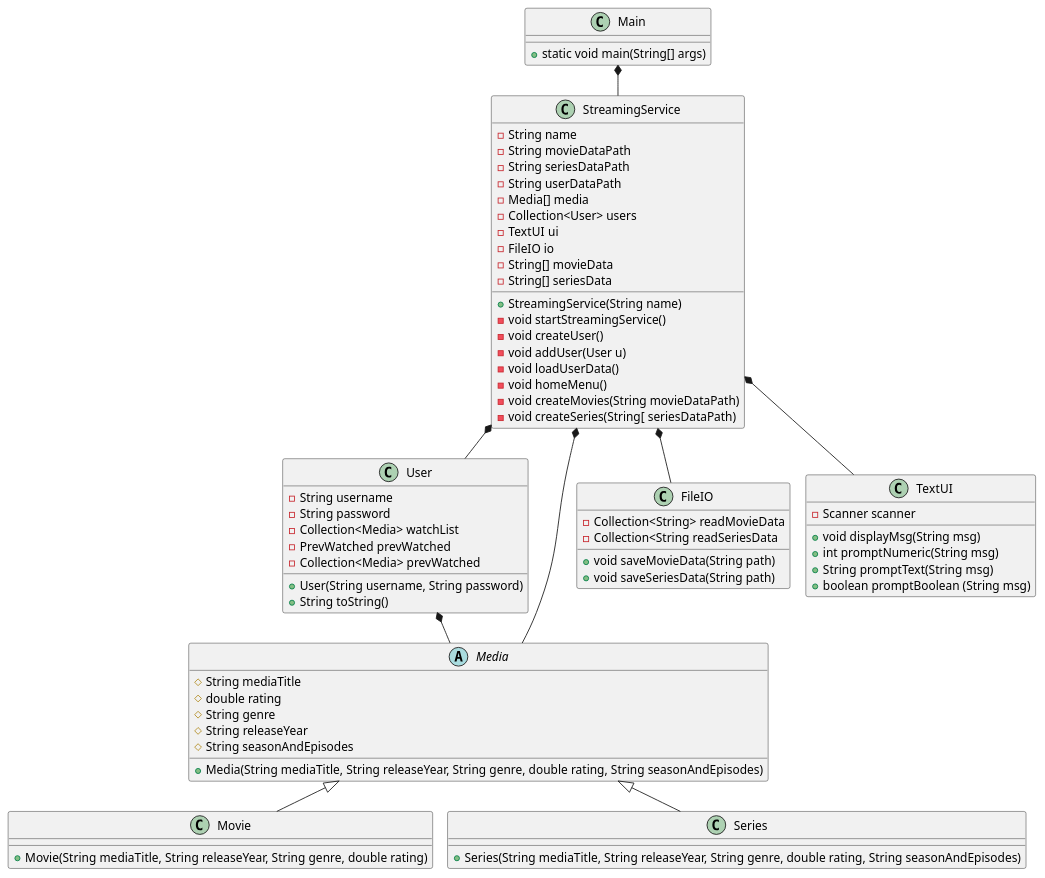
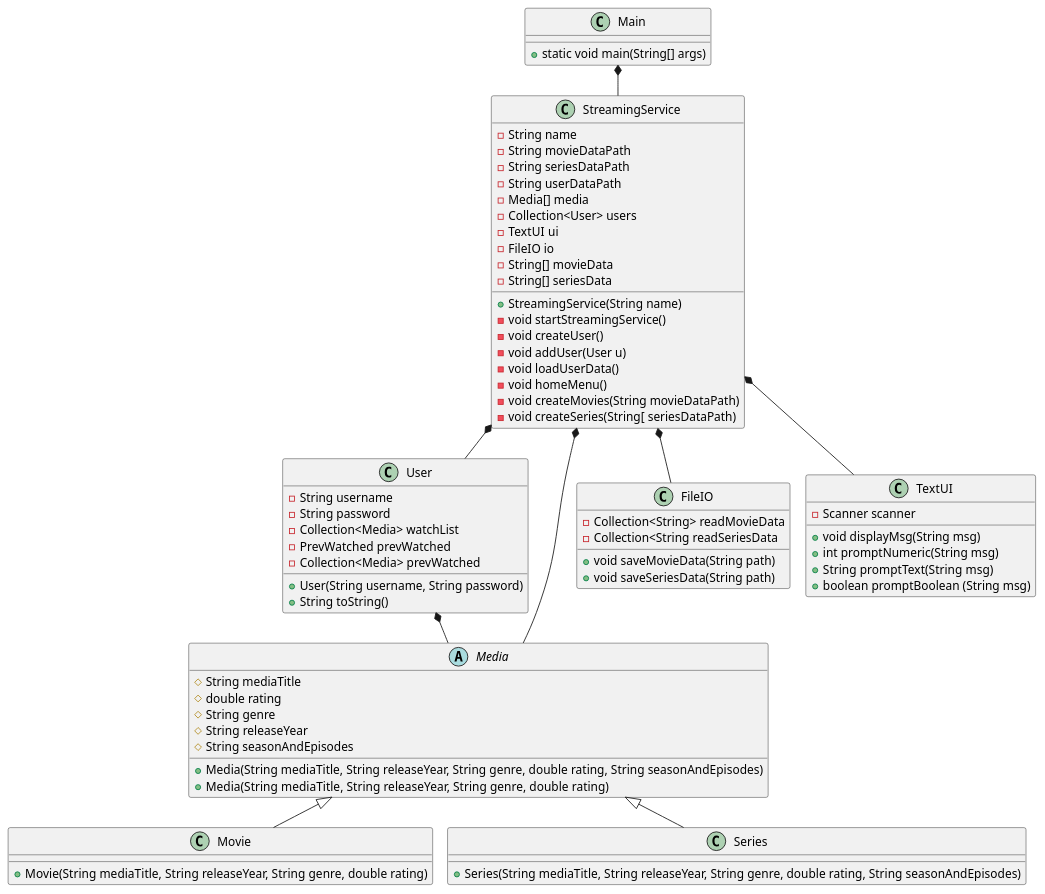
The diagram in doc/classdiagram/classdiagram_v1.puml (EmilDagsberg/SP3), drawn with PlantUML before and after one commit. The commit also changed 2 other files, not shown here.

Commit message:
Classes with attributes movies and series and class diagram update

```diff
--- a/doc/classdiagram/classdiagram_v1.puml
+++ b/doc/classdiagram/classdiagram_v1.puml
@@ -1,85 +1,86 @@
 @startuml
 !pragma layout smetana
 
 class Main {
 + static void main(String[] args)
 }
 
 class StreamingService{
 - String name
 - String movieDataPath
 - String seriesDataPath
 - String userDataPath
 - Media[] media
 - Collection<User> users
 - TextUI ui
 - FileIO io
 - String[] movieData
 - String[] seriesData
 + StreamingService(String name)
 - void startStreamingService()
 - void createUser()
 - void addUser(User u)
 - void loadUserData()
 - void homeMenu()
 - void createMovies(String movieDataPath)
 - void createSeries(String[ seriesDataPath)
 
 }
 
 class User {
 - String username
 - String password
 - Collection<Media> watchList
 - PrevWatched prevWatched
 - Collection<Media> prevWatched
 + User(String username, String password)
 + String toString()
 
 }
 
 
 abstract class Media{
 # String mediaTitle
 # double rating
 # String genre
 # String releaseYear
 # String seasonAndEpisodes
 +Media(String mediaTitle, String releaseYear, String genre, double rating, String seasonAndEpisodes)
++Media(String mediaTitle, String releaseYear, String genre, double rating)
 }
 
 class Movie{
 + Movie(String mediaTitle, String releaseYear, String genre, double rating)
 'metode der loader liste over film?
 
 }
 
 class Series{
 +Series(String mediaTitle, String releaseYear, String genre, double rating, String seasonAndEpisodes)
 'metode der loader liste over serier?
 }
 
 class FileIO {
 - Collection<String> readMovieData
 - Collection<String readSeriesData
 + void saveMovieData(String path)
 + void saveSeriesData(String path)
 }
 
 class TextUI {
 - Scanner scanner
 + void displayMsg(String msg)
 + int promptNumeric(String msg)
 + String promptText(String msg)
 + boolean promptBoolean (String msg)
 }
 
 Main *-- StreamingService
 StreamingService *-- User
 StreamingService *-- FileIO
 StreamingService *-- TextUI
 Media <|-- Movie
 Media <|-- Series
 StreamingService *-- Media
 User *-- Media
 @enduml
```
